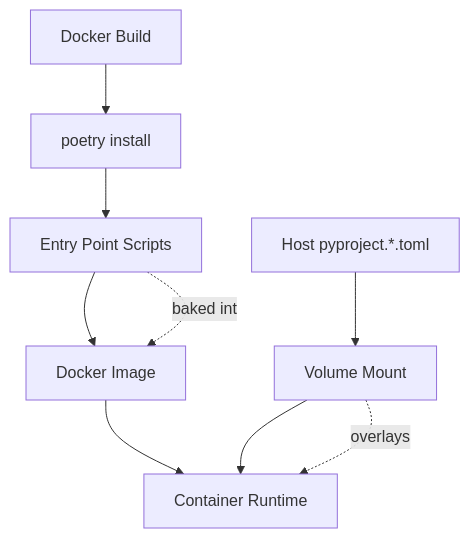
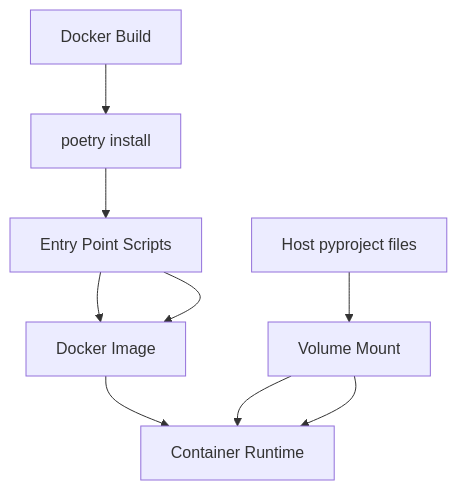
One commit to Tuee22/SpectralMC changed the diagram in documents/engineering/docker_build_philosophy.md. Above: the diagram before and after it, drawn with Mermaid. The commit also changed other lines of this file and 29 other files, not shown here.

````diff
--- a/documents/engineering/docker_build_philosophy.md
+++ b/documents/engineering/docker_build_philosophy.md
@@ -355,20 +355,20 @@
 ```mermaid
 flowchart TB
     Build[Docker Build]
     Install[poetry install]
     Scripts[Entry Point Scripts]
     Image[Docker Image]
     Runtime[Container Runtime]
     VolumeMount[Volume Mount]
-    HostCode[Host pyproject.*.toml]
+    HostCode[Host pyproject files]
 
     Build --> Install
     Install --> Scripts
     Scripts --> Image
     Image --> Runtime
     HostCode --> VolumeMount
     VolumeMount --> Runtime
 
-    Scripts -.baked into.-> Image
-    VolumeMount -.overlays.-> Runtime
+    Scripts --> Image
+    VolumeMount --> Runtime
 ```
````
